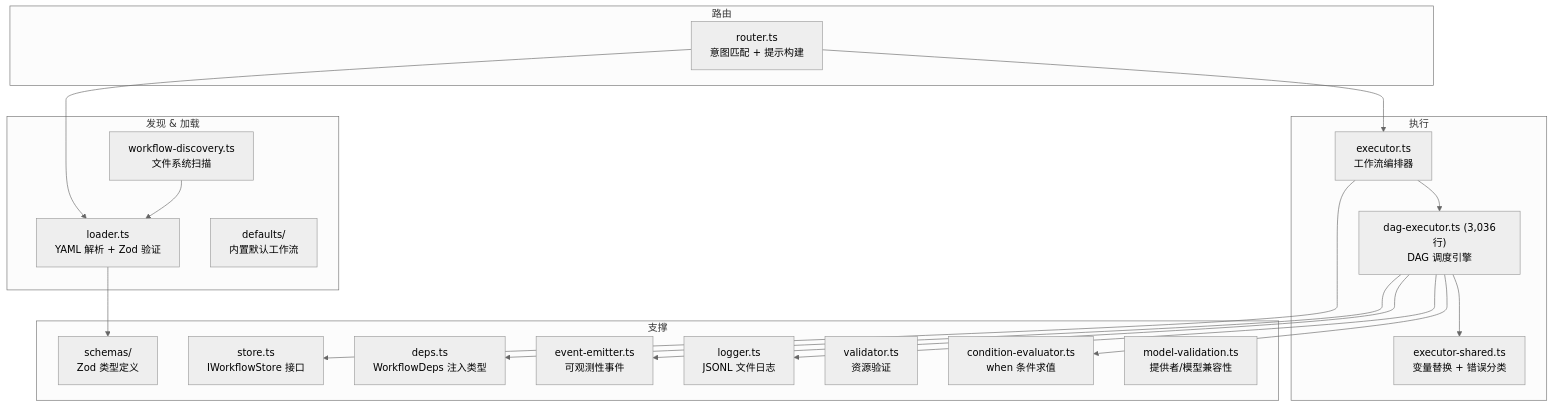
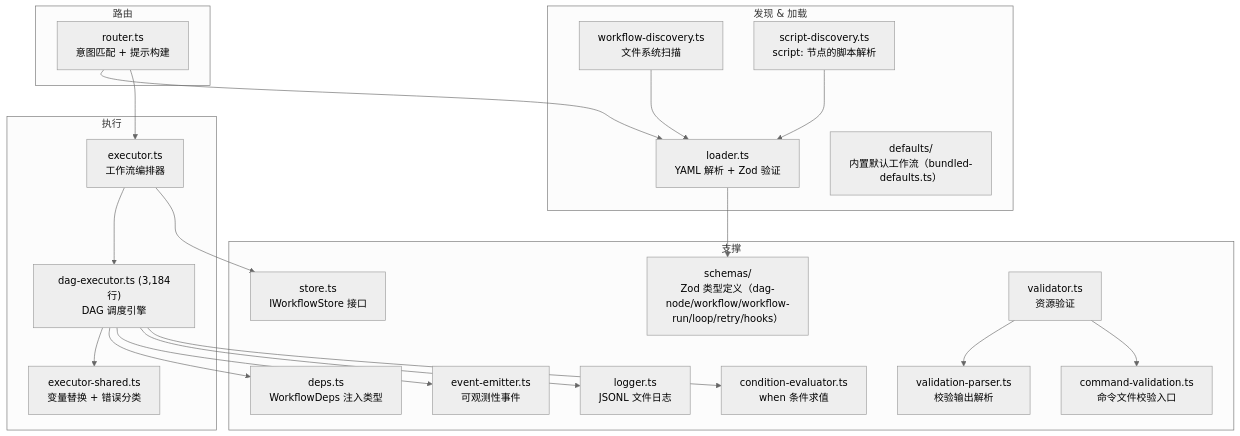
One commit to ljie-PI/code-deep-dive changed the first of 3 diagrams in archon/05-workflow-engine.md. Above: the diagram before and after it, drawn with Mermaid. The commit also changed other lines of this file and 13 other files, not shown here.

````diff
--- a/archon/05-workflow-engine.md
+++ b/archon/05-workflow-engine.md
@@ -9,41 +9,46 @@
 ```mermaid
 %%{init: {'theme': 'neutral'}}%%
 graph TD
     subgraph Discovery["发现 & 加载"]
         WorkflowDiscovery["workflow-discovery.ts<br/>文件系统扫描"]
+        ScriptDiscovery["script-discovery.ts<br/>script: 节点的脚本解析"]
         Loader["loader.ts<br/>YAML 解析 + Zod 验证"]
-        Defaults["defaults/<br/>内置默认工作流"]
+        Defaults["defaults/<br/>内置默认工作流（bundled-defaults.ts）"]
     end
 
     subgraph Routing["路由"]
         Router["router.ts<br/>意图匹配 + 提示构建"]
     end
 
     subgraph Execution["执行"]
         Executor["executor.ts<br/>工作流编排器"]
-        DAGExecutor["dag-executor.ts (3,036行)<br/>DAG 调度引擎"]
+        DAGExecutor["dag-executor.ts (3,184行)<br/>DAG 调度引擎"]
         ExecutorShared["executor-shared.ts<br/>变量替换 + 错误分类"]
     end
 
     subgraph Support["支撑"]
-        Schemas["schemas/<br/>Zod 类型定义"]
+        Schemas["schemas/<br/>Zod 类型定义（dag-node/workflow/workflow-run/loop/retry/hooks）"]
         Store["store.ts<br/>IWorkflowStore 接口"]
         Deps["deps.ts<br/>WorkflowDeps 注入类型"]
         EventEmitter["event-emitter.ts<br/>可观测性事件"]
         Logger["logger.ts<br/>JSONL 文件日志"]
         Validator["validator.ts<br/>资源验证"]
+        ValParser["validation-parser.ts<br/>校验输出解析"]
+        CmdVal["command-validation.ts<br/>命令文件校验入口"]
         CondEval["condition-evaluator.ts<br/>when 条件求值"]
-        ModelVal["model-validation.ts<br/>提供者/模型兼容性"]
     end
 
     WorkflowDiscovery --> Loader --> Schemas
+    ScriptDiscovery --> Loader
     Router --> Loader
     Router --> Executor
     Executor --> DAGExecutor
     DAGExecutor --> ExecutorShared
     DAGExecutor --> Deps
     DAGExecutor --> EventEmitter
     DAGExecutor --> Logger
     DAGExecutor --> CondEval
+    Validator --> ValParser
+    Validator --> CmdVal
     Executor --> Store
 ```
````
